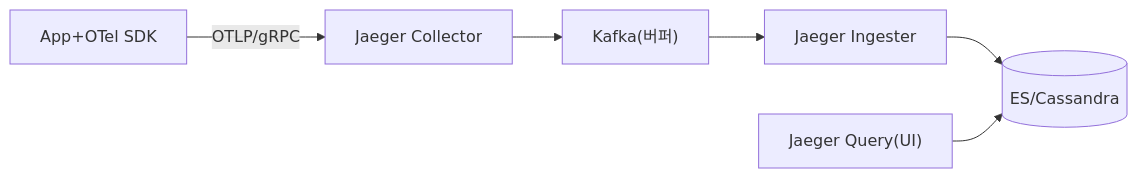
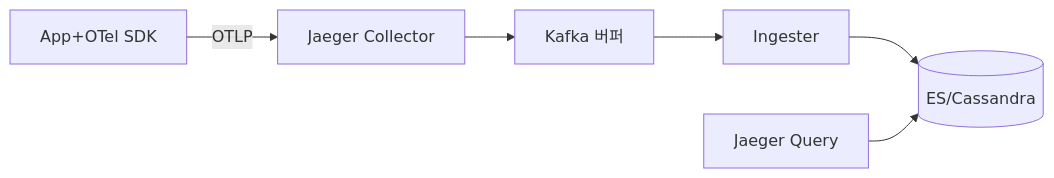
One commit to yjkim2015/yjkim2015.github.io changed the fourth of 7 diagrams in _posts/monitoring/2026-05-03-distributed-tracing.md. Above: the diagram before and after it, drawn with Mermaid. The commit also changed other lines of this file and 245 other files, not shown here.

First line of the commit message:
Mermaid 다이어그램 전면 수정 + 면접 포인트 접기/펼치기 + DB 데드락 페이지

````diff
--- a/_posts/monitoring/2026-05-03-distributed-tracing.md
+++ b/_posts/monitoring/2026-05-03-distributed-tracing.md
@@ -199,8 +199,8 @@
 ```mermaid
 graph LR
-    APP["App+OTel SDK"] -->|OTLP/gRPC| COL["Jaeger Collector"]
-    COL --> KAFKA["Kafka(버퍼)"]
-    KAFKA --> ING["Jaeger Ingester"]
+    APP["App+OTel SDK"] -->|OTLP| COL["Jaeger Collector"]
+    COL --> KAFKA["Kafka 버퍼"]
+    KAFKA --> ING["Ingester"]
     ING --> STORE[("ES/Cassandra")]
-    QUERY["Jaeger Query(UI)"] --> STORE
+    QUERY["Jaeger Query"] --> STORE
 ```
````
